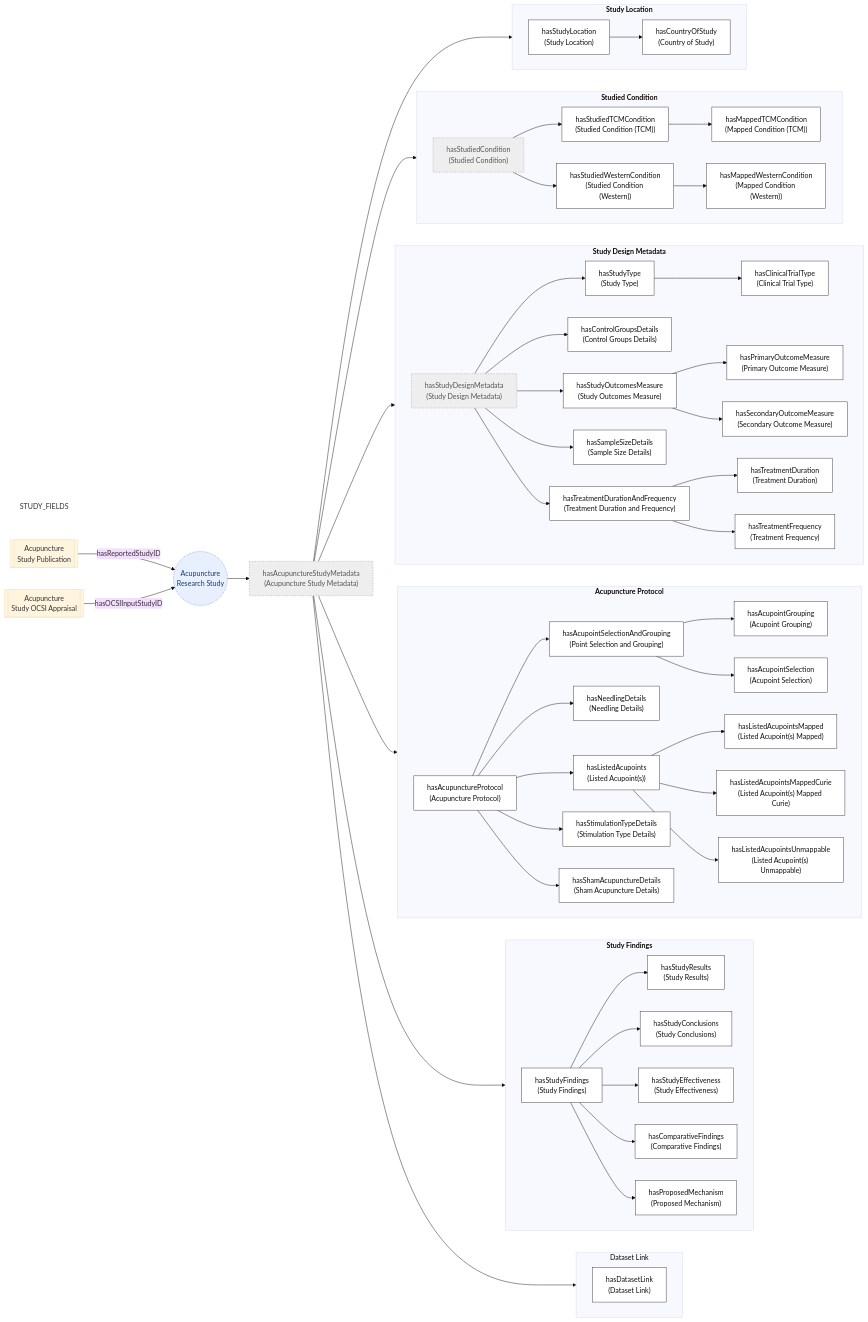
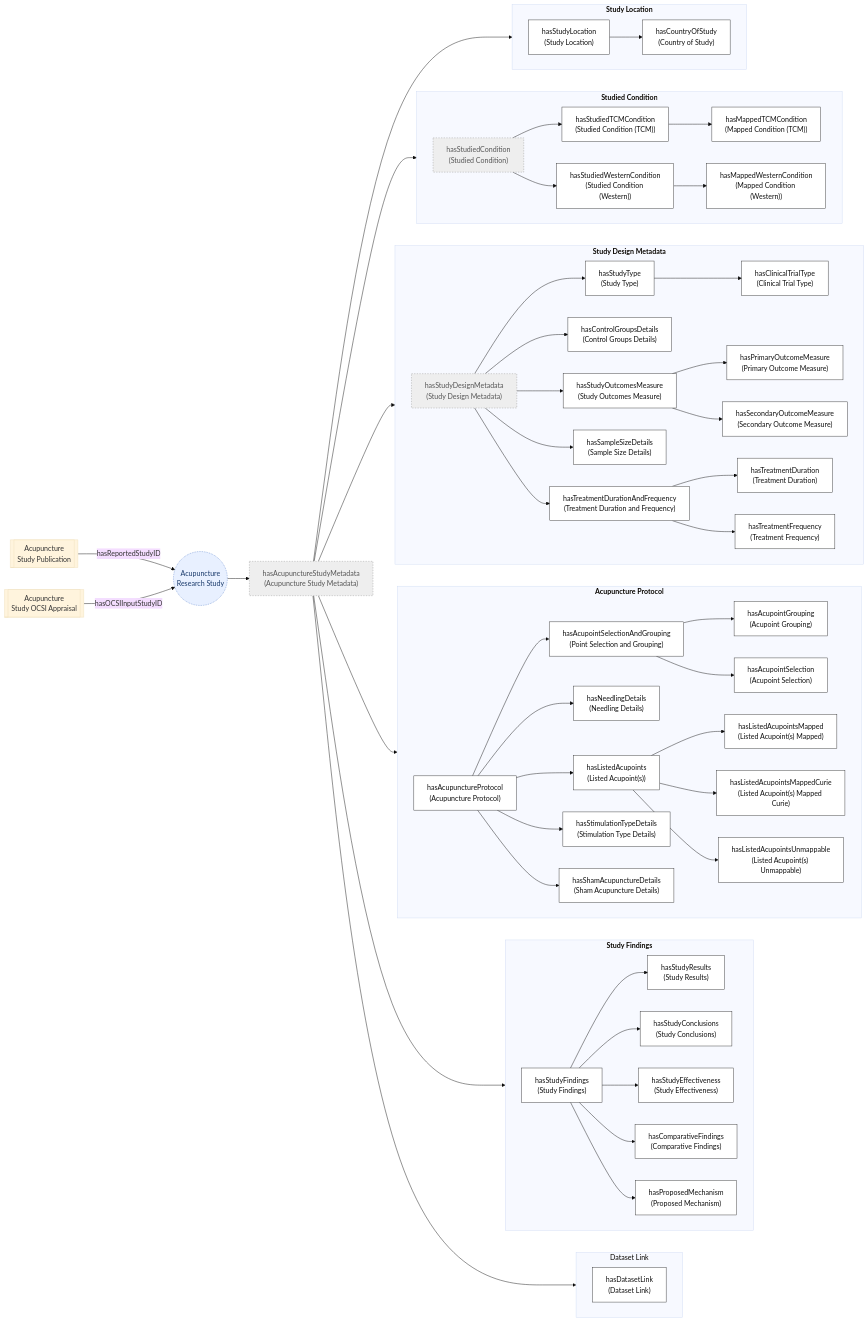
The third of 5 diagrams in ontology-files/base/articles-kb/articles-kb-core/README.md (smtifahim/TARA-Ontology-Repository), drawn with Mermaid (base theme) before and after one commit.

```diff
--- a/ontology-files/base/articles-kb/articles-kb-core/README.md
+++ b/ontology-files/base/articles-kb/articles-kb-core/README.md
@@ -94,9 +94,6 @@
     classDef group fill:#eee,stroke:#999,stroke-dasharray: 3 3,color:#555
     classDef field fill:#ffffff,stroke:#333,color:#111
     classDef linked fill:#e8f0ff,stroke:#4472c4,stroke-dasharray: 2 2,color:#1a3a6b
-
-    style STUDY_FIELDS stroke:none, fill:none
-
 
     STUDY(("Acupuncture<br/>Research Study")):::field
     ROOT["hasAcupunctureStudyMetadata<br/>(Acupuncture Study Metadata)"]:::group
@@ -109,9 +106,6 @@
     ROOT --> PROT
     ROOT --> SFIND
     ROOT --> DLINK
-
-
-%% subgraph STUDY_FIELDS [" "]
 
     subgraph DLK ["Dataset Link"]
         direction LR
@@ -211,7 +205,6 @@
         COUNTRY["hasCountryOfStudy<br/>(Country of Study)"]:::field
         SLOC --> COUNTRY
     end
-%% end
 
     PUB_EXT[["Acupuncture</br>Study Publication"]] -- hasReportedStudyID --> STUDY:::linked  
     OCSI_EXT[["Acupuncture</br>Study OCSI Appraisal"]] -- hasOCSIInputStudyID --> STUDY:::linked
```
